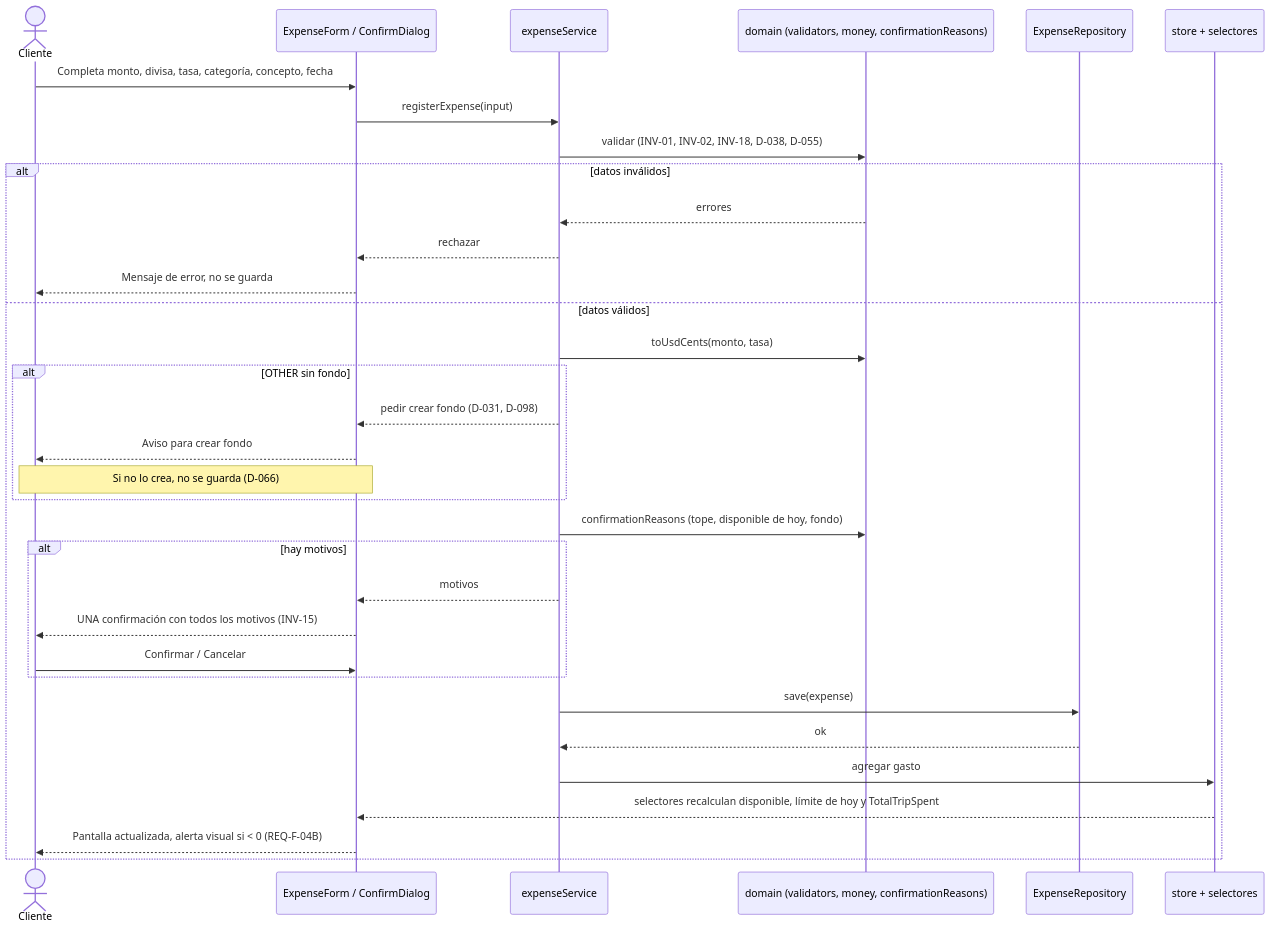
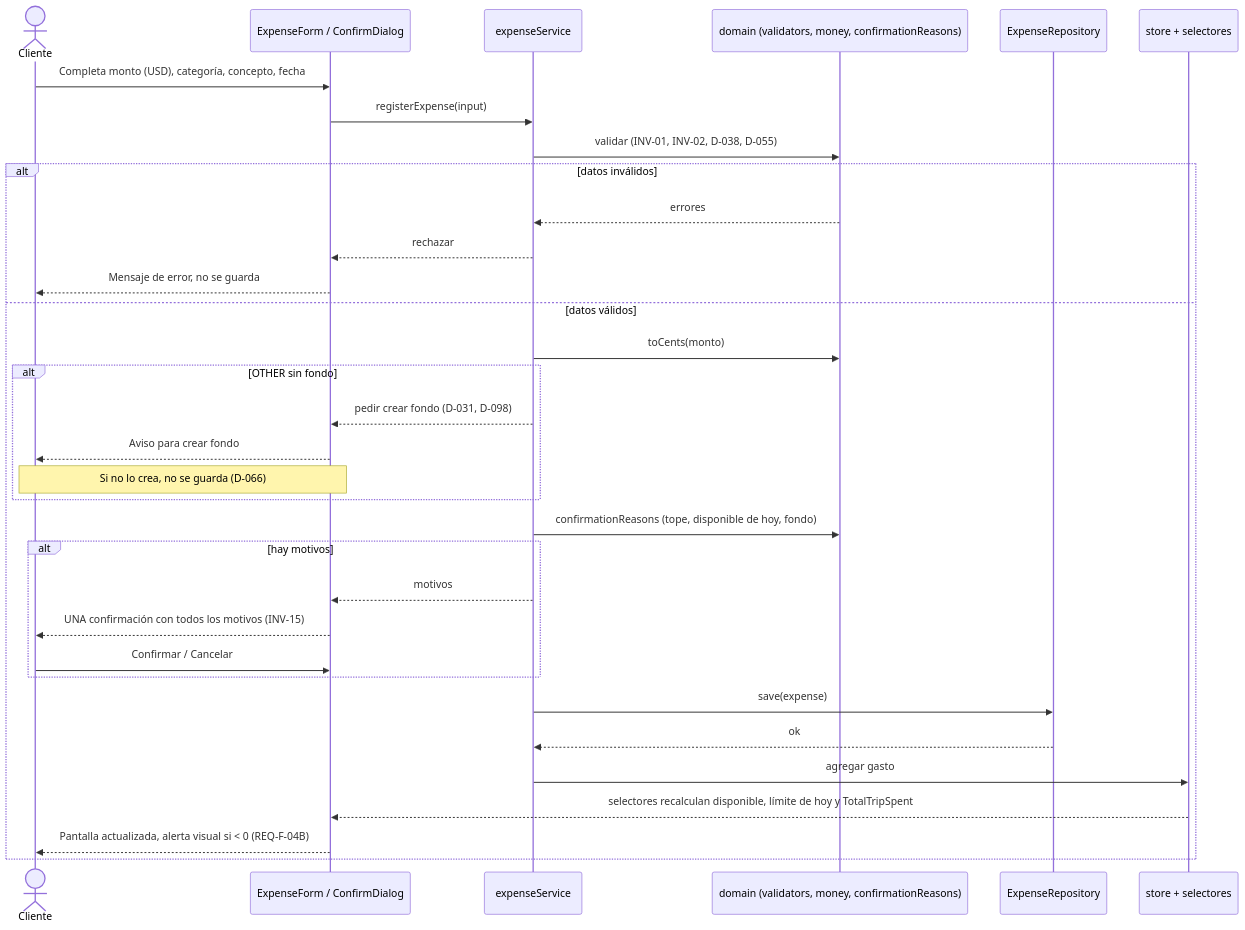
The third of 6 diagrams in docs/design.md (kfallas95/lab-3-part1---asistente-de-viajes), drawn with Mermaid before and after one commit. The commit also changed other lines of this file and 6 other files, not shown here.

````diff
--- a/docs/design.md
+++ b/docs/design.md
@@ -313,36 +315,36 @@
 ```mermaid
 sequenceDiagram
     actor C as Cliente
     participant UI as ExpenseForm / ConfirmDialog
     participant S as expenseService
     participant D as domain (validators, money, confirmationReasons)
     participant R as ExpenseRepository
     participant ST as store + selectores
 
-    C->>UI: Completa monto, divisa, tasa, categoría, concepto, fecha
+    C->>UI: Completa monto (USD), categoría, concepto, fecha
     UI->>S: registerExpense(input)
-    S->>D: validar (INV-01, INV-02, INV-18, D-038, D-055)
+    S->>D: validar (INV-01, INV-02, D-038, D-055)
     alt datos inválidos
         D-->>S: errores
         S-->>UI: rechazar
         UI-->>C: Mensaje de error, no se guarda
     else datos válidos
-        S->>D: toUsdCents(monto, tasa)
+        S->>D: toCents(monto)
         alt OTHER sin fondo
             S-->>UI: pedir crear fondo (D-031, D-098)
             UI-->>C: Aviso para crear fondo
             Note over UI,C: Si no lo crea, no se guarda (D-066)
         end
         S->>D: confirmationReasons (tope, disponible de hoy, fondo)
         alt hay motivos
             S-->>UI: motivos
             UI-->>C: UNA confirmación con todos los motivos (INV-15)
             C->>UI: Confirmar / Cancelar
         end
         S->>R: save(expense)
         R-->>S: ok
         S->>ST: agregar gasto
         ST-->>UI: selectores recalculan disponible, límite de hoy y TotalTripSpent
         UI-->>C: Pantalla actualizada, alerta visual si < 0 (REQ-F-04B)
     end
 ```
````
